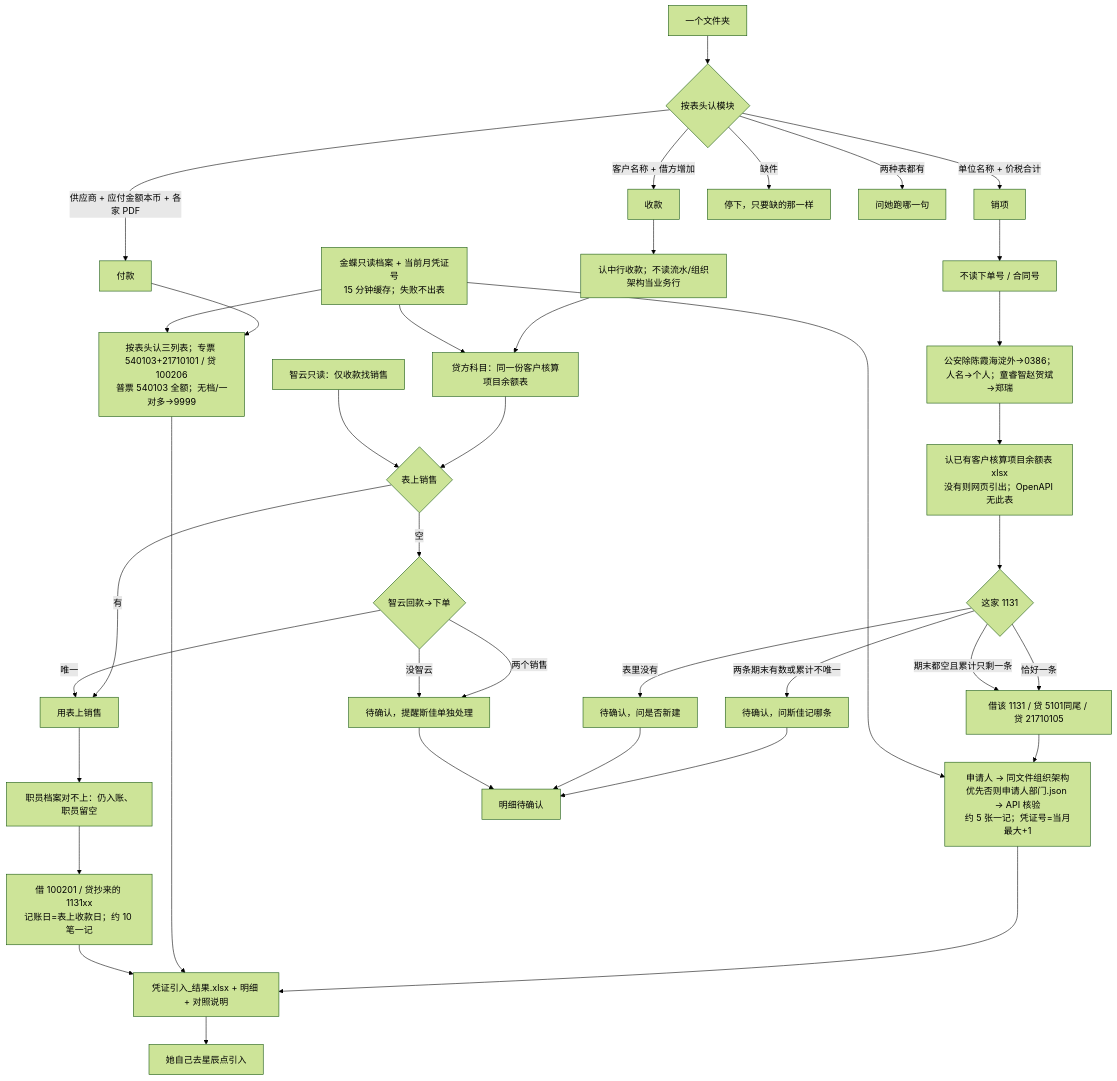
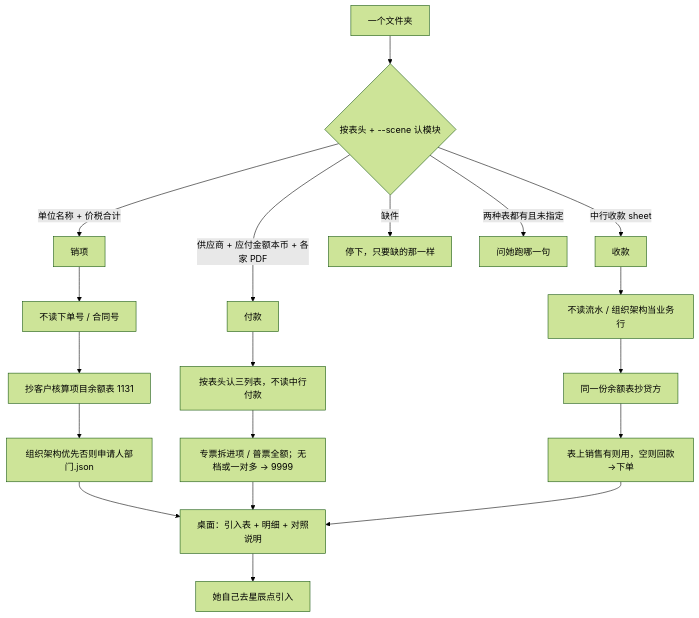
The diagram in skills/kingdee-posting/README.md (EvanLee2004/finance-skills), drawn with Mermaid (forest theme) before and after one commit. The commit also changed other lines of this file and 1 other file, not shown here.

````diff
--- a/skills/kingdee-posting/README.md
+++ b/skills/kingdee-posting/README.md
@@ -53,40 +61,21 @@
 ```mermaid
 flowchart TD
-  A["一个文件夹"] --> B{"按表头认模块"}
+  A["一个文件夹"] --> B{"按表头 + --scene 认模块"}
   B -->|单位名称 + 价税合计| S["销项"]
   B -->|供应商 + 应付金额本币 + 各家 PDF| P["付款"]
-  B -->|客户名称 + 借方增加| R["收款"]
+  B -->|中行收款 sheet| R["收款"]
   B -->|缺件| M["停下，只要缺的那一样"]
-  B -->|两种表都有| Q["问她跑哪一句"]
+  B -->|两种表都有且未指定| Q["问她跑哪一句"]
   S --> S1["不读下单号 / 合同号"]
-  S1 --> S1c["公安除陈霞海淀外→0386；人名→个人；童睿智赵贺斌→郑瑞"]
-  S1c --> S2["认已有客户核算项目余额表 xlsx<br/>没有则网页引出；OpenAPI 无此表"]
-  S2 --> S3{"这家 1131"}
-  S3 -->|恰好一条| S4["借该 1131 / 贷 5101同尾 / 贷 21710105"]
-  S3 -->|两条期末有数或累计不唯一| SH["待确认，问斯佳记哪条"]
-  S3 -->|期末都空且累计只剩一条| S4
-  S3 -->|表里没有| SN["待确认，问是否新建"]
-  S4 --> S6["申请人 → 同文件组织架构优先否则申请人部门.json → API 核验<br/>约 5 张一记；凭证号=当月最大+1"]
-  P --> P1["按表头认三列表；专票 540103+21710101 / 贷 100206<br/>普票 540103 全额；无档/一对多→9999"]
-  R --> R0["认中行收款；不读流水/组织架构当业务行"]
-  R0 --> R1["贷方科目：同一份客户核算项目余额表"]
-  R1 --> R2{"表上销售"}
-  R2 -->|有| R4["用表上销售"]
-  R2 -->|空| R3{"智云回款→下单"}
-  R3 -->|唯一| R4
-  R3 -->|两个销售| RH["待确认，提醒斯佳单独处理"]
-  R3 -->|没智云| RH
-  R4 --> R5["职员档案对不上：仍入账、职员留空"]
-  R5 --> R6["借 100201 / 贷抄来的 1131xx<br/>记账日=表上收款日；约 10 笔一记"]
-  S6 --> O["凭证引入_结果.xlsx + 明细 + 对照说明"]
-  P1 --> O
-  R6 --> O
-  SH --> D["明细待确认"]
-  SN --> D
-  RH --> D
+  S1 --> S2["抄客户核算项目余额表 1131"]
+  S2 --> S3["组织架构优先否则申请人部门.json"]
+  P --> P1["按表头认三列表，不读中行付款"]
+  P1 --> P2["专票拆进项 / 普票全额；无档或一对多 → 9999"]
+  R --> R1["不读流水 / 组织架构当业务行"]
+  R1 --> R2["同一份余额表抄贷方"]
+  R2 --> R3["表上销售有则用，空则回款→下单"]
+  S3 --> O["桌面：引入表 + 明细 + 对照说明"]
+  P2 --> O
+  R3 --> O
   O --> H["她自己去星辰点引入"]
-  K["金蝶只读档案 + 当前月凭证号<br/>15 分钟缓存；失败不出表"] --> S6
-  K --> P1
-  K --> R1
-  Z["智云只读：仅收款找销售"] --> R2
 ```
````
